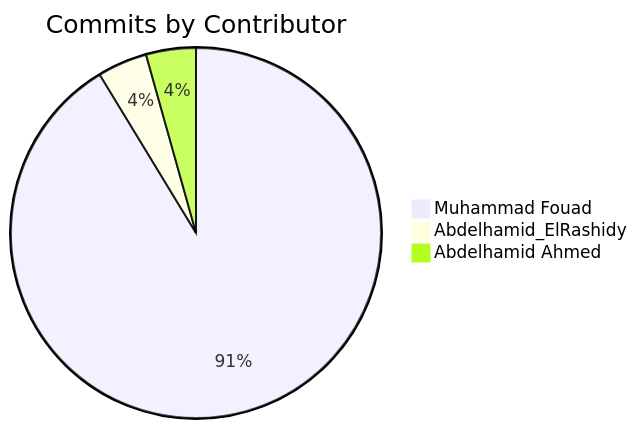
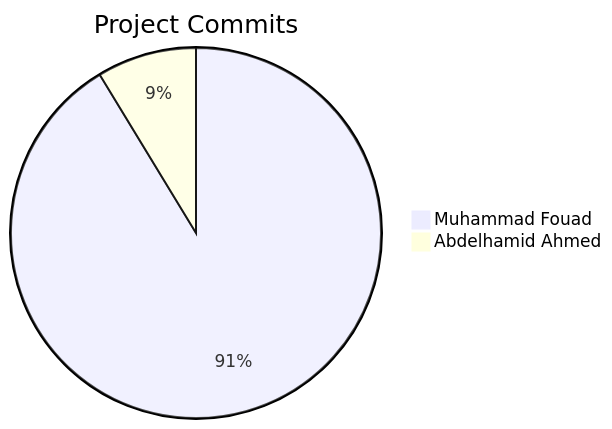
Before and after one commit to Abdelhamid-El-rashidy/Library_System: the diagram in README.md, drawn with Mermaid. The commit also changed other lines of this file, not shown here.

Commit message:
Chore: Enhance README with quick navigation links, updated project statistics, and improved formatting.

````diff
--- a/README.md
+++ b/README.md
@@ -8,6 +21,5 @@
 ```mermaid
-pie title Commits by Contributor
+pie title Project Commits
     "Muhammad Fouad" : 21
-    "Abdelhamid_ElRashidy" : 1
-    "Abdelhamid Ahmed" : 1
+    "Abdelhamid Ahmed" : 2
 ```
````
